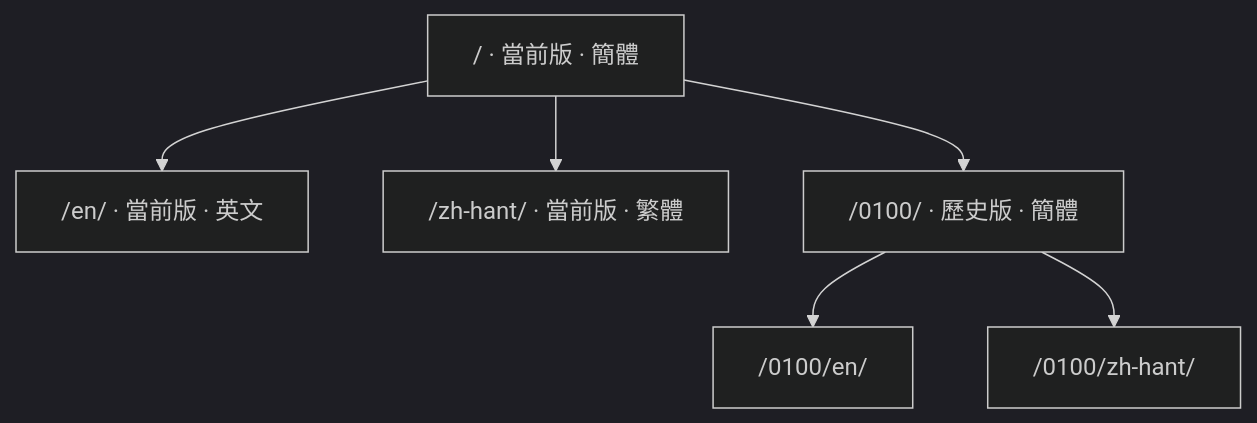
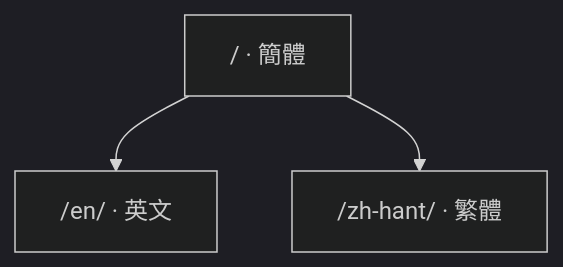
The diagram in docs/zh-hant/about/index.md (rwr-infra/rwr-mapbook), drawn with Mermaid (dark theme) before and after one commit. The commit also changed other lines of this file and 461 other files, not shown here.

````diff
--- a/docs/zh-hant/about/index.md
+++ b/docs/zh-hant/about/index.md
@@ -35,8 +35,5 @@
 ```mermaid
 graph TD
-  A["/ · 當前版 · 簡體"] --> B["/en/ · 當前版 · 英文"]
-  A --> C["/zh-hant/ · 當前版 · 繁體"]
-  A --> D["/0100/ · 歷史版 · 簡體"]
-  D --> E["/0100/en/"]
-  D --> F["/0100/zh-hant/"]
+  A["/ · 簡體"] --> B["/en/ · 英文"]
+  A --> C["/zh-hant/ · 繁體"]
 ```
````
